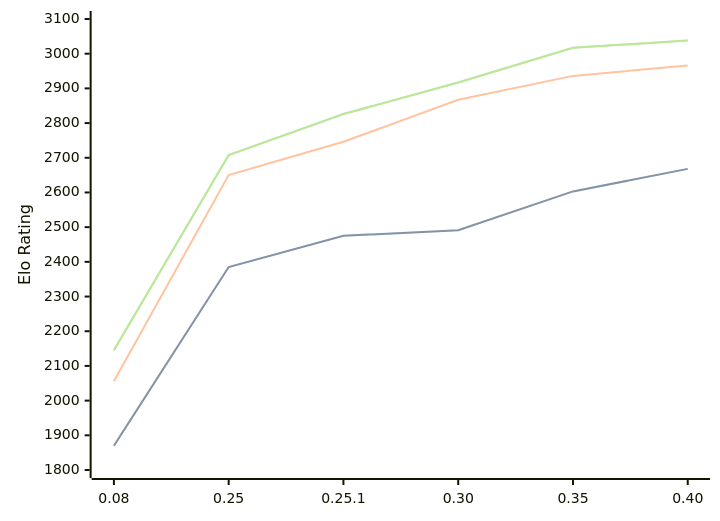
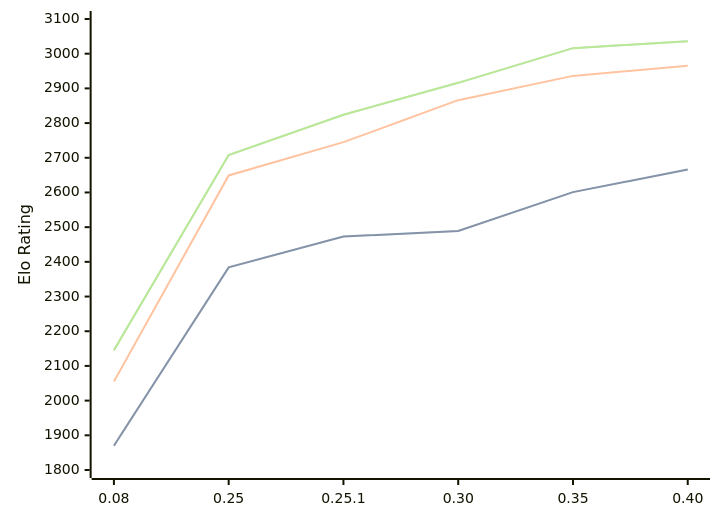
One commit to computer-chess-index/cci changed the diagram in engines/Gecko.md. Above: the diagram before and after it, drawn with Mermaid. The commit also changed other lines of this file, not shown here.

Commit message:
Update CCI Ratings (ELO VLTC) - 2026-08-11

````diff
--- a/engines/Gecko.md
+++ b/engines/Gecko.md
@@ -36,11 +36,11 @@
 ```mermaid
 %%{init: {"theme":"base","themeVariables":{"seriesColors:['#a3a3a3','#222221','#faa371']}}}%%
 xychart-beta
   x-axis ["0.08", "0.25", "0.25.1", "0.30", "0.35", "0.40"]
   y-axis "Elo Rating" 1800 --> 3100
-  line "STC (8.0+0.08s)" [1870, 2385, 2475, 2491, 2603, 2668]
-  line "STC (8.0+0.08s)" [1870, 2385, 2475, 2491, 2603, 2668]
-  line "LTC (60.0+0.60s)" [2056, 2650, 2746, 2867, 2936, 2966]
-  line "VLTC (2m24s+1.12s)" [2145, 2708, 2826, 2917, 3017, 3038]
-  line "VLTC (2m24s+1.12s)" [2145, 2708, 2826, 2917, 3017, 3038]
+  line "STC (8.0+0.08s)" [1870, 2384, 2473, 2489, 2601, 2666]
+  line "STC (8.0+0.08s)" [1870, 2384, 2473, 2489, 2601, 2666]
+  line "LTC (60.0+0.60s)" [2055, 2649, 2745, 2866, 2936, 2965]
+  line "VLTC (2m24s+1.12s)" [2145, 2708, 2824, 2916, 3016, 3036]
+  line "VLTC (2m24s+1.12s)" [2145, 2708, 2824, 2916, 3016, 3036]
 ```
````
